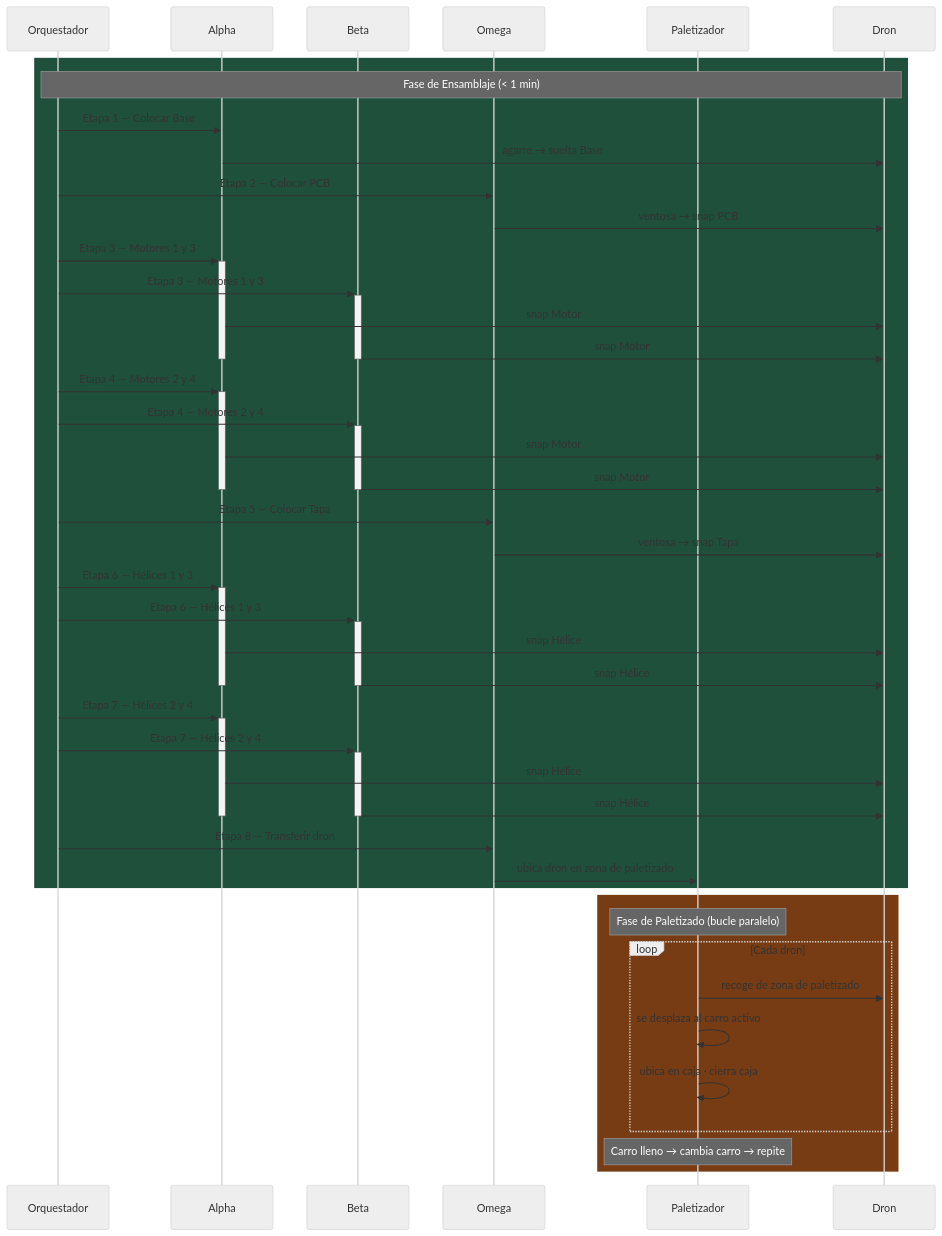
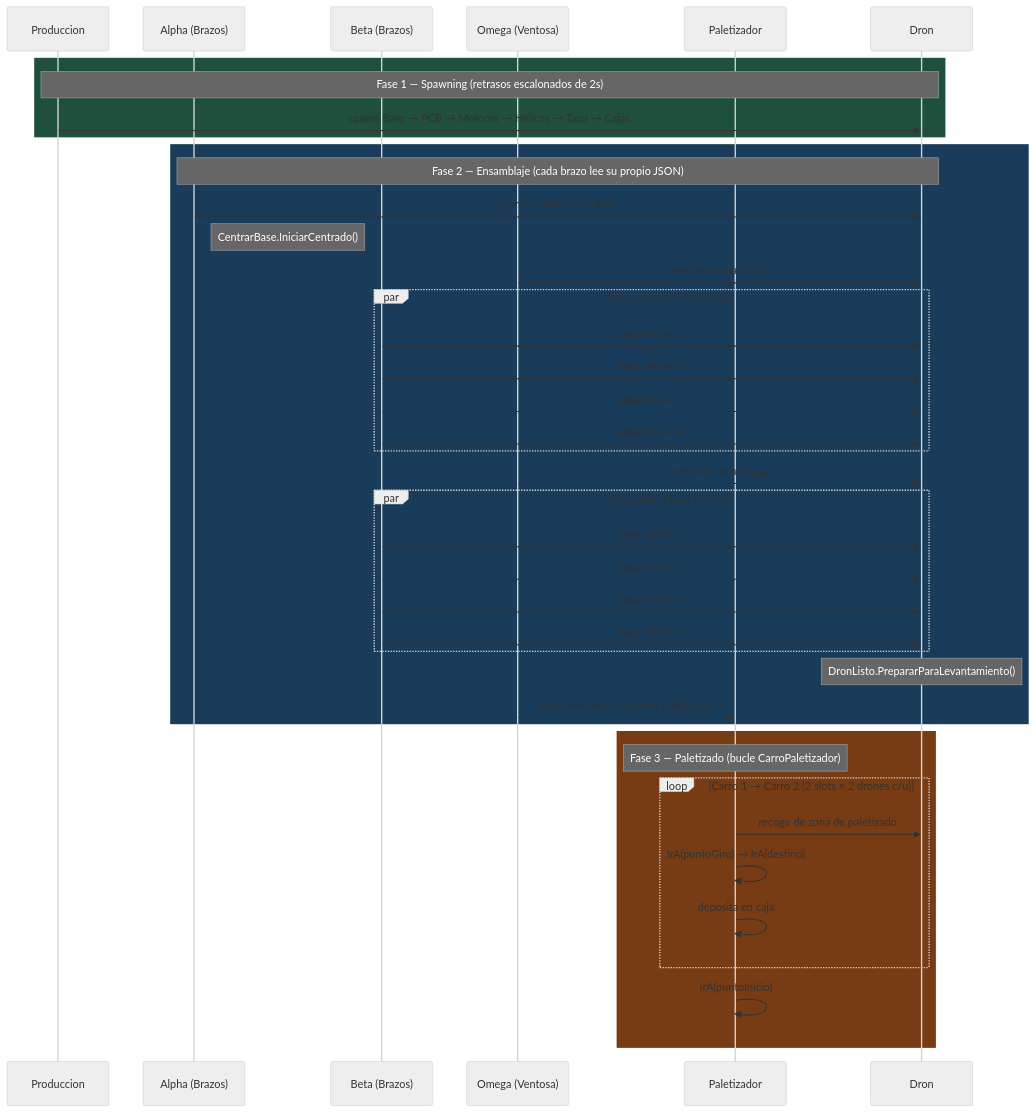
The fifth of 6 diagrams in README.md (jorgefajardom-coder/drone-packaging-simulation-unity), drawn with Mermaid (neutral theme) before and after one commit. The commit also changed other lines of this file, not shown here.

````diff
--- a/README.md
+++ b/README.md
@@ -1093,62 +1133,50 @@
 ```mermaid
 sequenceDiagram
-    participant O as Orquestador
-    participant A as Alpha
-    participant B as Beta
-    participant W as Omega
-    participant P as Paletizador
+    participant P as Produccion
+    participant A as Alpha (Brazos)
+    participant B as Beta (Brazos)
+    participant W as Omega (Ventosa)
+    participant PAL as Paletizador
     participant D as Dron
 
     rect rgb(30, 80, 60)
-        Note over O,D: Fase de Ensamblaje (< 1 min)
-        O->>A: Etapa 1 — Colocar Base
-        A->>D: agarre → suelta Base
+        Note over P,D: Fase 1 — Spawning (retrasos escalonados de 2s)
+        P->>D: spawn Base → PCB → Motores → Hélices → Tapa → Cajas
+    end
 
-        O->>W: Etapa 2 — Colocar PCB
-        W->>D: ventosa → snap PCB
+    rect rgb(25, 60, 90)
+        Note over A,D: Fase 2 — Ensamblaje (cada brazo lee su propio JSON)
+        A->>D: agarre + colocación Base
+        Note right of A: CentrarBase.IniciarCentrado()
+        W->>D: ventosa + snap PCB
 
-        O->>+A: Etapa 3 — Motores 1 y 3
-        O->>+B: Etapa 3 — Motores 1 y 3
-        A->>D: snap Motor
-        B->>D: snap Motor
-        deactivate A
-        deactivate B
+        par Beta coloca los 4 motores
+            B->>D: snap Motor 1
+            B->>D: snap Motor 2
+            B->>D: snap Motor 3
+            B->>D: snap Motor 4
+        end
 
-        O->>+A: Etapa 4 — Motores 2 y 4
-        O->>+B: Etapa 4 — Motores 2 y 4
-        A->>D: snap Motor
-        B->>D: snap Motor
-        deactivate A
-        deactivate B
+        W->>D: ventosa + snap Tapa
 
-        O->>W: Etapa 5 — Colocar Tapa
-        W->>D: ventosa → snap Tapa
+        par Beta coloca las 4 hélices
+            B->>D: snap Hélice 1
+            B->>D: snap Hélice 2
+            B->>D: snap Hélice 3
+            B->>D: snap Hélice 4
+        end
 
-        O->>+A: Etapa 6 — Hélices 1 y 3
-        O->>+B: Etapa 6 — Hélices 1 y 3
-        A->>D: snap Hélice
-        B->>D: snap Hélice
-        deactivate A
-        deactivate B
-
-        O->>+A: Etapa 7 — Hélices 2 y 4
-        O->>+B: Etapa 7 — Hélices 2 y 4
-        A->>D: snap Hélice
-        B->>D: snap Hélice
-        deactivate A
-        deactivate B
-
-        O->>W: Etapa 8 — Transferir dron
-        W->>P: ubica dron en zona de paletizado
+        Note over D: DronListo.PrepararParaLevantamiento()
+        W->>PAL: transfiere dron a zona de paletizado
     end
 
     rect rgb(120, 60, 20)
-        Note over P: Fase de Paletizado (bucle paralelo)
-        loop Cada dron
-            P->>D: recoge de zona de paletizado
-            P->>P: se desplaza al carro activo
-            P->>P: ubica en caja · cierra caja
+        Note over PAL: Fase 3 — Paletizado (bucle CarroPaletizador)
+        loop Carro 1 → Carro 2 (2 slots × 2 drones c/u)
+            PAL->>D: recoge de zona de paletizado
+            PAL->>PAL: IrA(puntoGiro) → IrA(destino)
+            PAL->>PAL: deposita en caja
         end
-        Note over P: Carro lleno → cambia carro → repite
+        PAL->>PAL: IrA(puntoInicio)
     end
 ```
````
